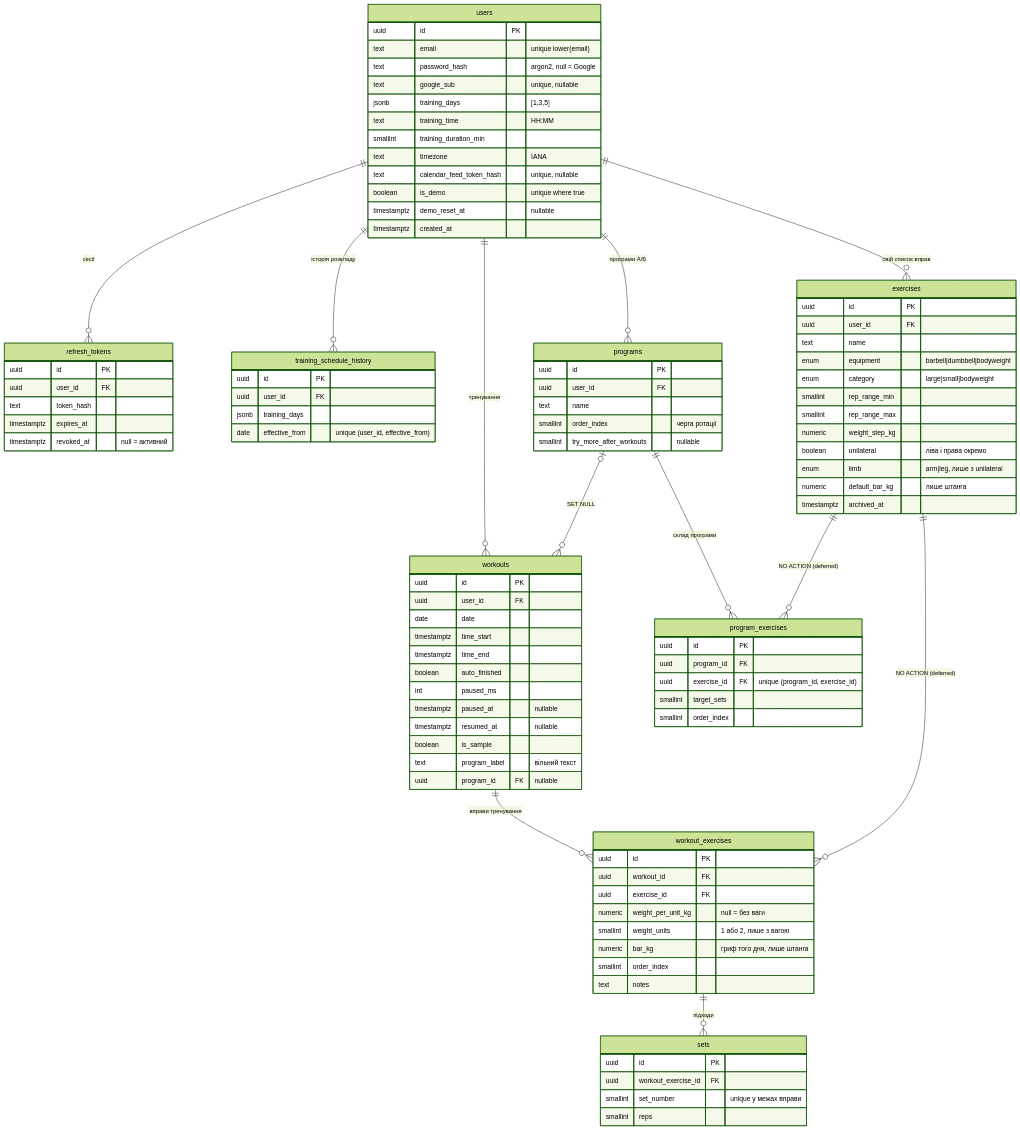
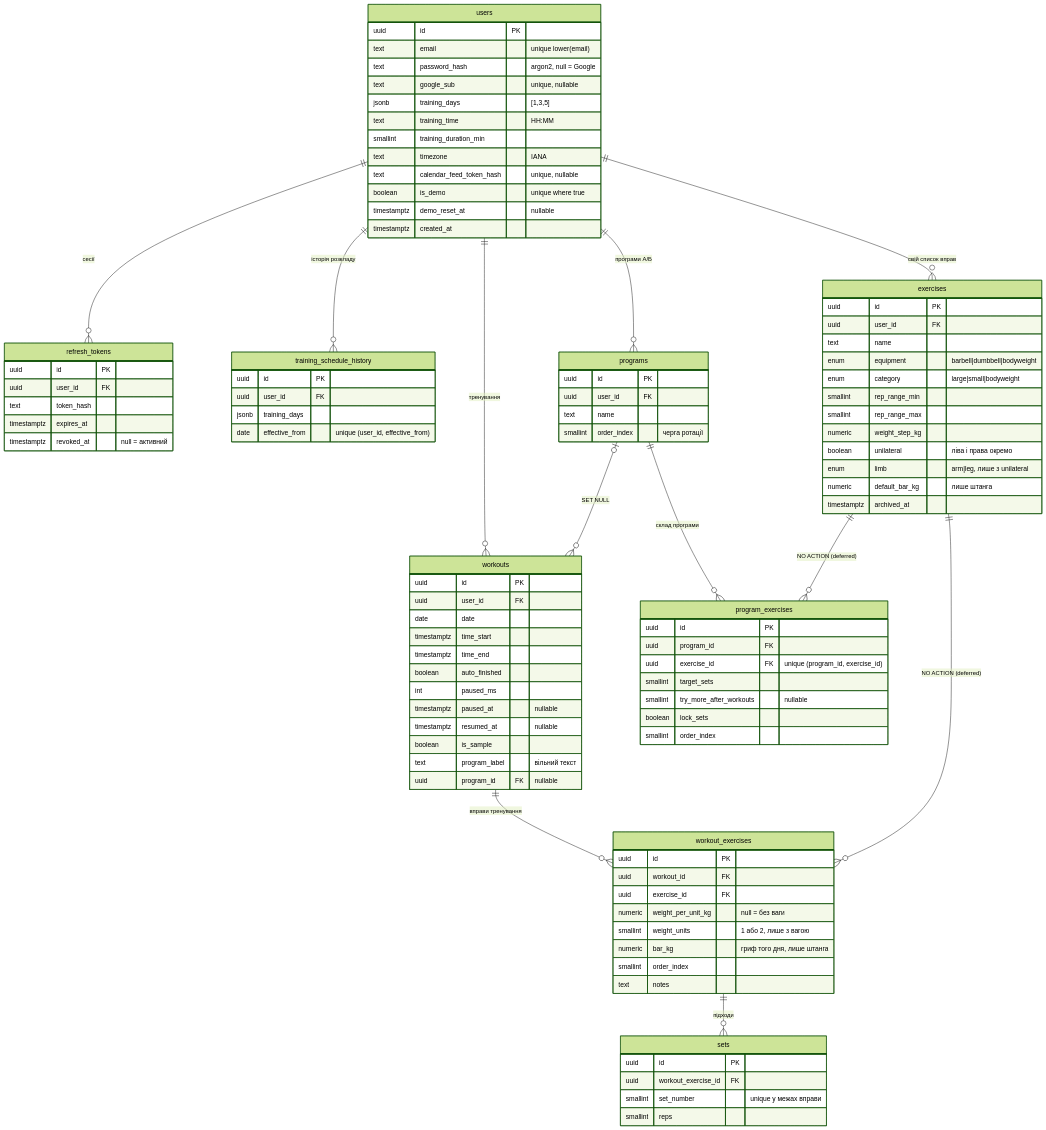
One commit to SergioBurlaka/MyGym changed the diagram in docs/db/ARCHITECTURE.md. Above: the diagram before and after it, drawn with Mermaid (forest theme). The commit also changed other lines of this file and 10 other files, not shown here.

First line of the commit message:
feat(db): drop the program-wide try-more threshold

```diff
--- a/docs/db/ARCHITECTURE.md
+++ b/docs/db/ARCHITECTURE.md
@@ -69,13 +69,14 @@
         uuid user_id FK
         text name
         smallint order_index "черга ротації"
-        smallint try_more_after_workouts "nullable"
     }
     program_exercises {
         uuid id PK
         uuid program_id FK
         uuid exercise_id FK "unique (program_id, exercise_id)"
         smallint target_sets
+        smallint try_more_after_workouts "nullable"
+        boolean lock_sets
         smallint order_index
     }
     workouts {
```
